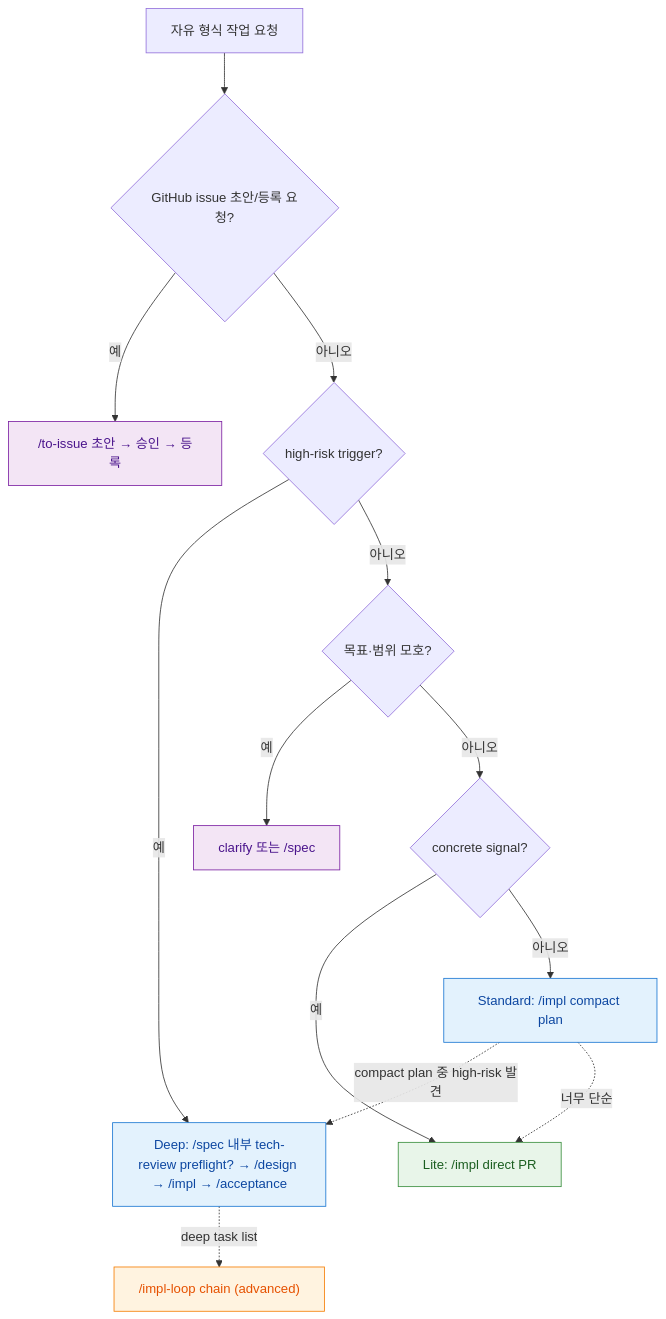
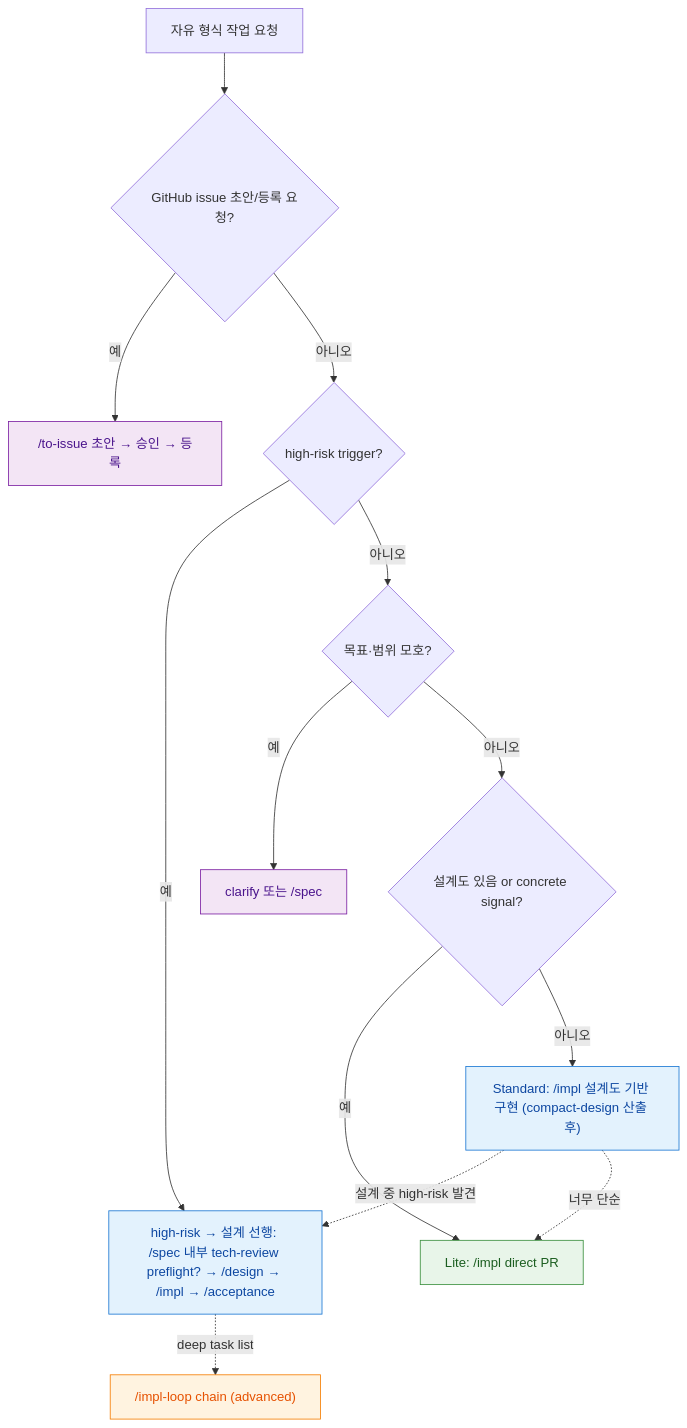
One commit to alruminum/dcNess changed the diagram in docs/plugin/workflow-router.md. Above: the diagram before and after it, drawn with Mermaid. The commit also changed other lines of this file and 10 other files, not shown here.

First line of the commit message:
[feature] /impl 2축 모델 재설계 — Deep lane 제거, lane(설계도 유무)×엔진 직교

````diff
--- a/docs/plugin/workflow-router.md
+++ b/docs/plugin/workflow-router.md
@@ -44,26 +44,26 @@
 ```mermaid
 flowchart TB
   REQ["자유 형식 작업 요청"] --> MAKE{"GitHub issue 초안/등록 요청?"}
   MAKE -->|예| TI["/to-issue 초안 → 승인 → 등록"]
   MAKE -->|아니오| HR{"high-risk trigger?"}
-  HR -->|예| DP["Deep: /spec 내부 tech-review preflight? → /design → /impl → /acceptance"]
+  HR -->|예| DP["high-risk → 설계 선행: /spec 내부 tech-review preflight? → /design → /impl → /acceptance"]
   HR -->|아니오| AM{"목표·범위 모호?"}
   AM -->|예| CL["clarify 또는 /spec"]
-  AM -->|아니오| CS{"concrete signal?"}
+  AM -->|아니오| CS{"설계도 있음 or concrete signal?"}
   CS -->|예| LT["Lite: /impl direct PR"]
-  CS -->|아니오| ST["Standard: /impl compact plan"]
-  ST -.->|compact plan 중 high-risk 발견| DP
+  CS -->|아니오| ST["Standard: /impl 설계도 기반 구현 (compact-design 산출 후)"]
+  ST -.->|설계 중 high-risk 발견| DP
   ST -.->|너무 단순| LT
   DP -.->|deep task list| SHAPE["/impl-loop chain (advanced)"]
 
   classDef gate fill:#e3f2fd,stroke:#1976d2,color:#0d47a1
   classDef shape fill:#fff3e0,stroke:#f57c00,color:#e65100
   classDef clar fill:#f3e5f5,stroke:#7b1fa2,color:#4a148c
   classDef direct fill:#e8f5e9,stroke:#388e3c,color:#1b5e20
   class DP gate
   class SHAPE shape
   class CL clar
   class TI clar
   class LT direct
   class ST gate
 ```
````
